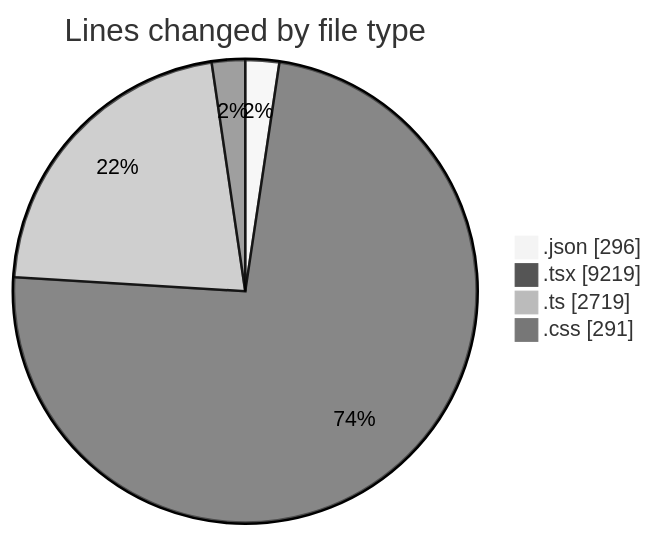
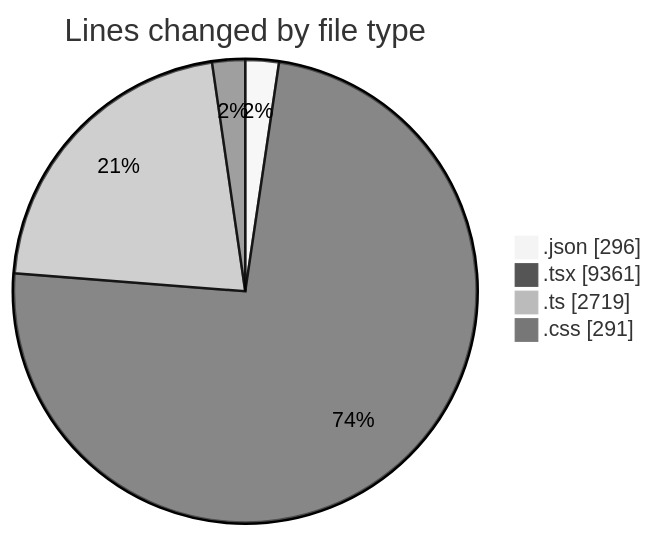
The first of 2 diagrams in 2025-10-07/eventscop-frontend-guide__workspace_/README.md (julien-gomy/code-tracking), drawn with Mermaid (neutral theme) before and after one commit. The commit also changed other lines of this file and 1 other file, not shown here.

````diff
--- a/2025-10-07/eventscop-frontend-guide__workspace_/README.md
+++ b/2025-10-07/eventscop-frontend-guide__workspace_/README.md
@@ -82,8 +83,8 @@
 ```mermaid
 pie showData
 title Lines changed by file type
 ".json" : 296
-".tsx" : 9219
+".tsx" : 9361
 ".ts" : 2719
 ".css" : 291
 ```
````
